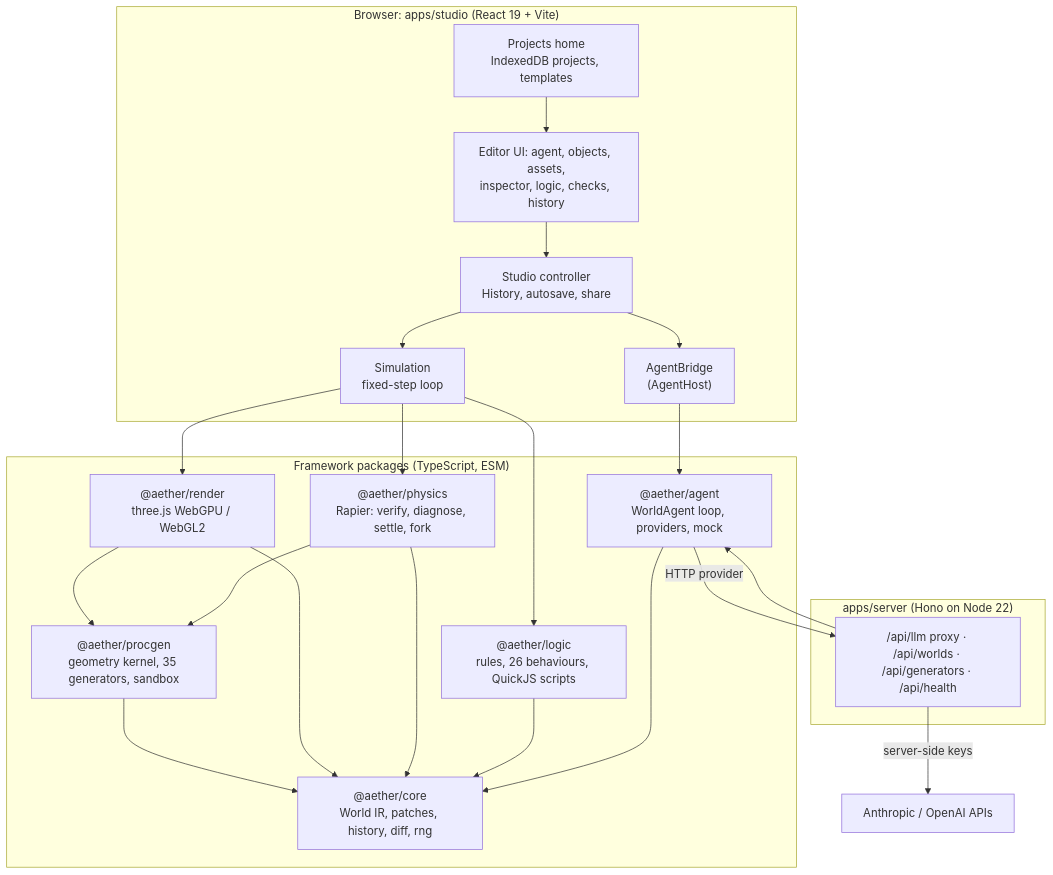
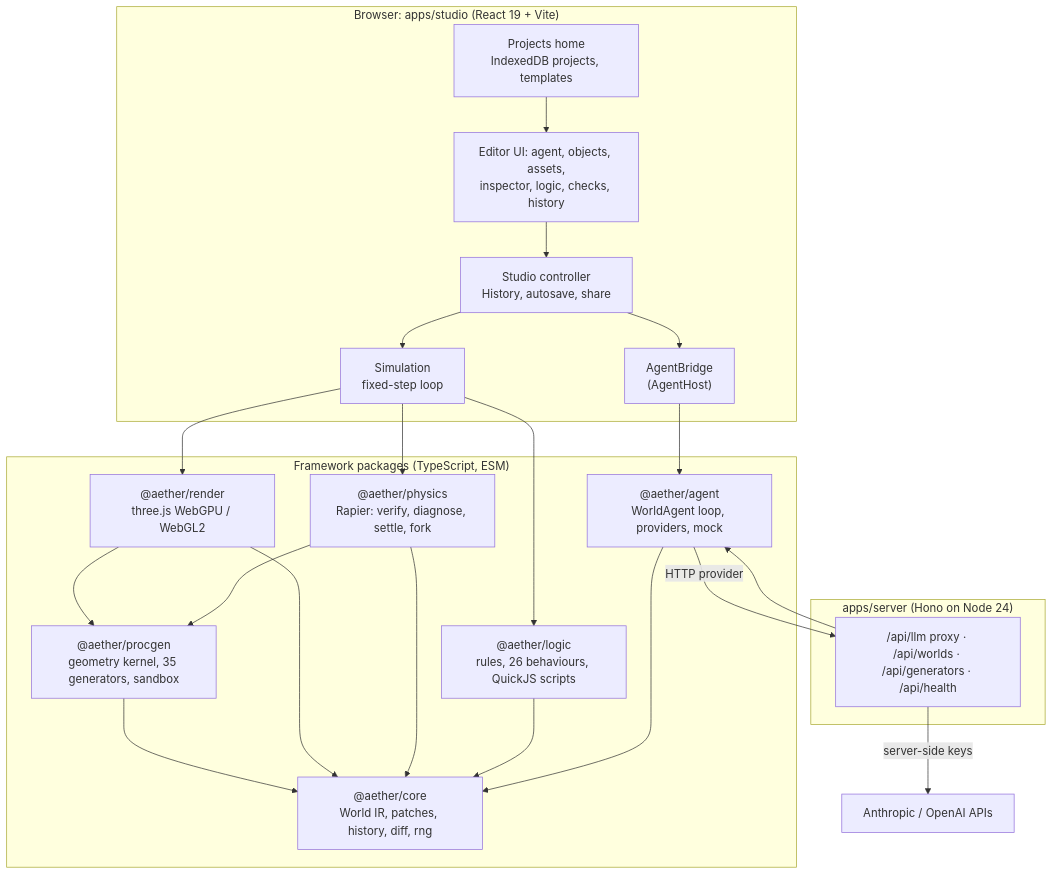
The second of 2 diagrams in README.md (StarAtNyte/aether), drawn with Mermaid before and after one commit. The commit also changed 1274 other files, not shown here.

````diff
--- a/README.md
+++ b/README.md
@@ -660,39 +660,39 @@
 ```mermaid
 flowchart TB
     subgraph Browser["Browser: apps/studio (React 19 + Vite)"]
         HOME["Projects home<br/>IndexedDB projects, templates"]
         UI["Editor UI: agent, objects, assets,<br/>inspector, logic, checks, history"]
         ST["Studio controller<br/>History, autosave, share"]
         HOME --> UI
         SIM["Simulation<br/>fixed-step loop"]
         AB["AgentBridge<br/>(AgentHost)"]
         UI --> ST --> SIM
         ST --> AB
     end
 
     subgraph Packages["Framework packages (TypeScript, ESM)"]
         CORE["@aether/core<br/>World IR, patches, history, diff, rng"]
         PROC["@aether/procgen<br/>geometry kernel, 35 generators, sandbox"]
         PHYS["@aether/physics<br/>Rapier: verify, diagnose, settle, fork"]
         LOGIC["@aether/logic<br/>rules, 26 behaviours, QuickJS scripts"]
         REND["@aether/render<br/>three.js WebGPU / WebGL2"]
         AGENT["@aether/agent<br/>WorldAgent loop, providers, mock"]
     end
 
-    subgraph Server["apps/server (Hono on Node 22)"]
+    subgraph Server["apps/server (Hono on Node 24)"]
         API["/api/llm proxy · /api/worlds · /api/generators · /api/health"]
     end
 
     SIM --> REND & PHYS & LOGIC
     AB --> AGENT
     AGENT -->|HTTP provider| API
     API -->|server-side keys| LLM["Anthropic / OpenAI APIs"]
     REND --> PROC
     PHYS --> PROC
     PROC --> CORE
     REND --> CORE
     PHYS --> CORE
     LOGIC --> CORE
     AGENT --> CORE
     API --> AGENT
 ```
````
